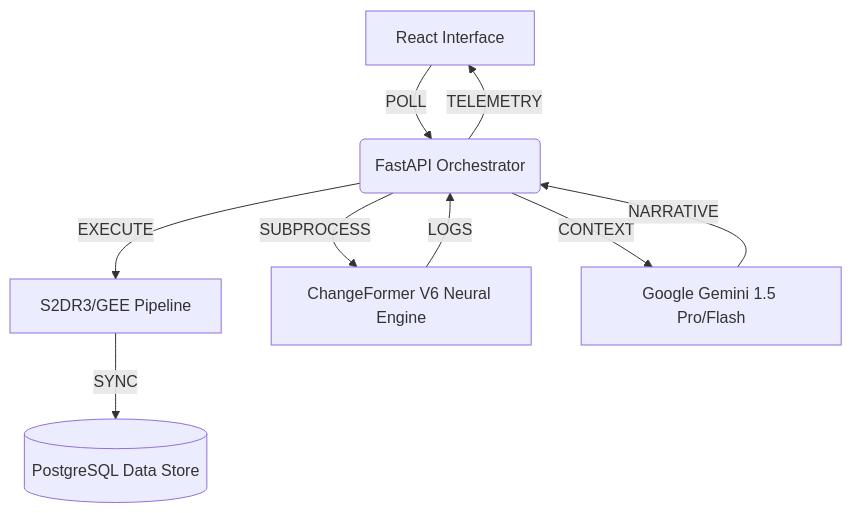
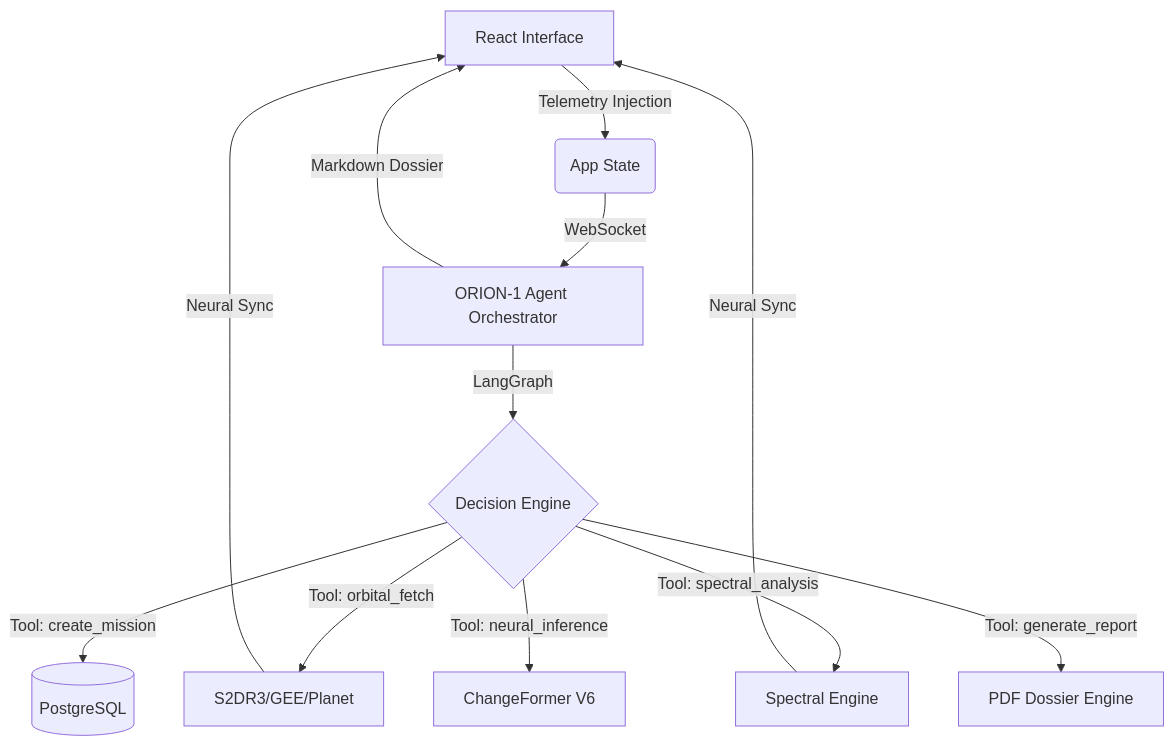
One commit to VatsalMehta-0523/Satellite-Imagery-Change-Detection changed the diagram in README.md. Above: the diagram before and after it, drawn with Mermaid. The commit also changed other lines of this file, not shown here.

````diff
--- a/README.md
+++ b/README.md
@@ -13,11 +13,14 @@
 ```mermaid
 graph TD
-    A[React Interface] -->|POLL| B(FastAPI Orchestrator)
-    B -->|EXECUTE| C[S2DR3/GEE Pipeline]
-    C -->|SYNC| D[(PostgreSQL Data Store)]
-    B -->|SUBPROCESS| E[ChangeFormer V6 Neural Engine]
-    E -->|LOGS| B
-    B -->|CONTEXT| F[Google Gemini 1.5 Pro/Flash]
-    F -->|NARRATIVE| B
-    B -->|TELEMETRY| A
+    A[React Interface] -->|Telemetry Injection| B(App State)
+    B -->|WebSocket| C[ORION-1 Agent Orchestrator]
+    C -->|LangGraph| D{Decision Engine}
+    D -->|Tool: create_mission| E[(PostgreSQL)]
+    D -->|Tool: orbital_fetch| F[S2DR3/GEE/Planet]
+    D -->|Tool: spectral_analysis| G[Spectral Engine]
+    D -->|Tool: neural_inference| H[ChangeFormer V6]
+    F -->|Neural Sync| A
+    G -->|Neural Sync| A
+    C -->|Markdown Dossier| A
+    D -->|Tool: generate_report| I[PDF Dossier Engine]
 ```
````
